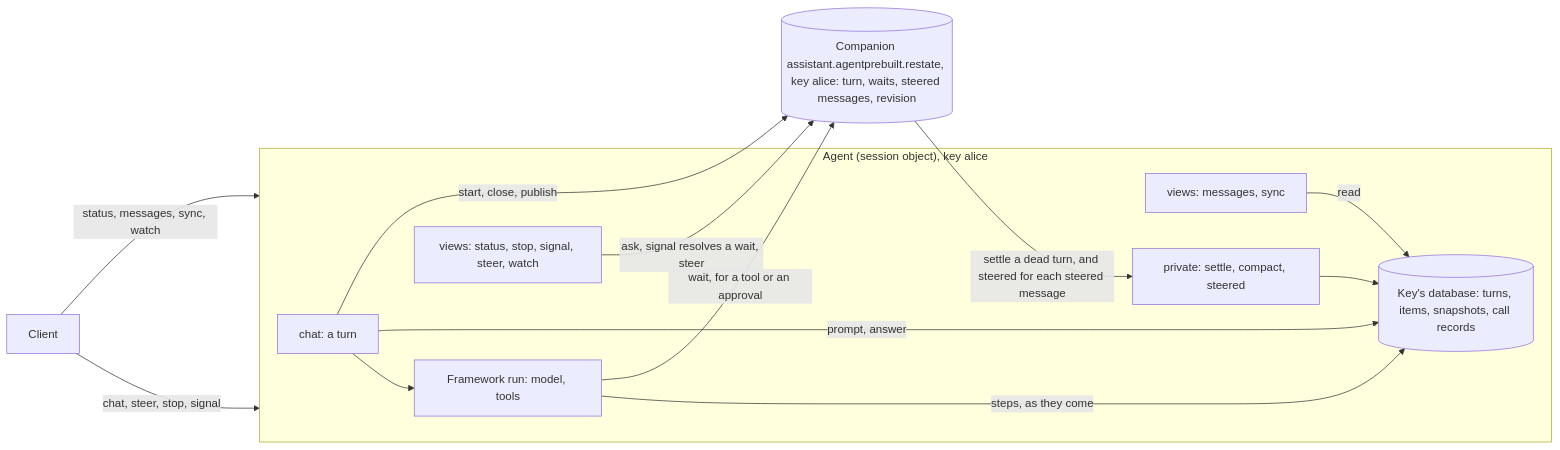
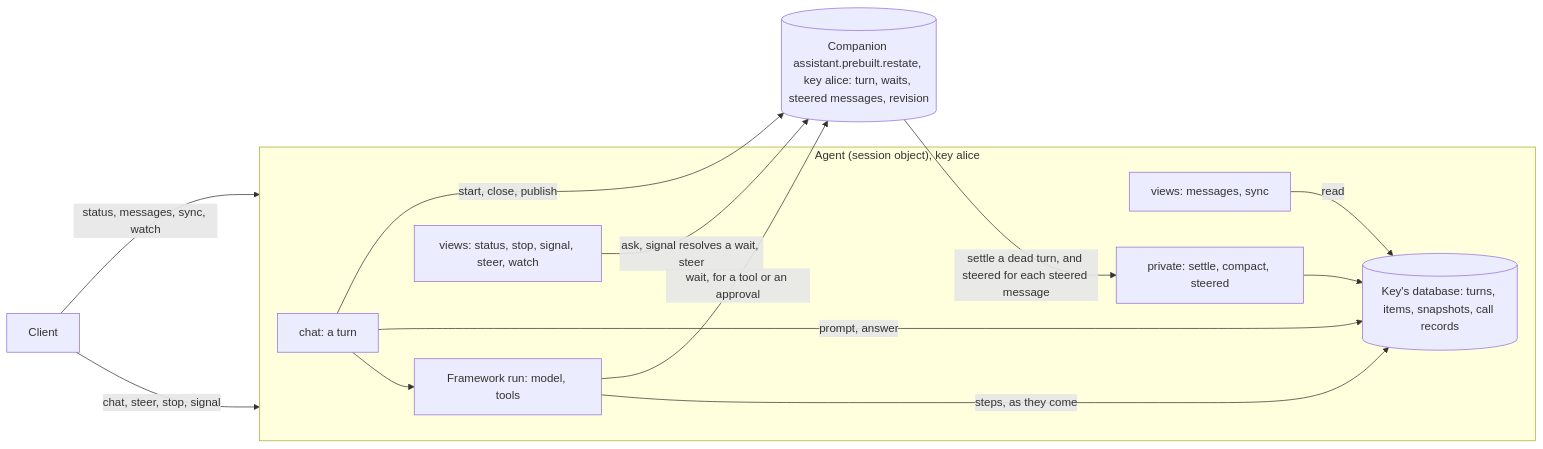
One commit to restatedev/sdk-python changed the diagram in docs/agents/README.md. Above: the diagram before and after it, drawn with Mermaid. The commit also changed other lines of this file and 20 other files, not shown here.

First line of the commit message:
Agents: the companion is `<agent>.prebuilt.restate`

````diff
--- a/docs/agents/README.md
+++ b/docs/agents/README.md
@@ -47,18 +47,18 @@
 ```mermaid
 flowchart LR
   C[Client] -- "chat, steer, stop, signal" --> A
   C -- "status, messages, sync, watch" --> A
   subgraph A["Agent (session object), key alice"]
     H["chat: a turn"] --> F["Framework run: model, tools"]
     F -- "steps, as they come" --> T
     H -- "prompt, answer" --> T
     T[("Key's database: turns, items, snapshots, call records")]
     V["views: messages, sync"] -- read --> T
     X["private: settle, compact, steered"] --> T
     W["views: status, stop, signal, steer, watch"]
   end
-  H -- "start, close, publish" --> S[("Companion assistant.agentprebuilt.restate, key alice: turn, waits, steered messages, revision")]
+  H -- "start, close, publish" --> S[("Companion assistant.prebuilt.restate, key alice: turn, waits, steered messages, revision")]
   F -- "wait, for a tool or an approval" --> S
   W -- "ask, signal resolves a wait, steer" --> S
   S -- "settle a dead turn, and steered for each steered message" --> X
 ```
````
